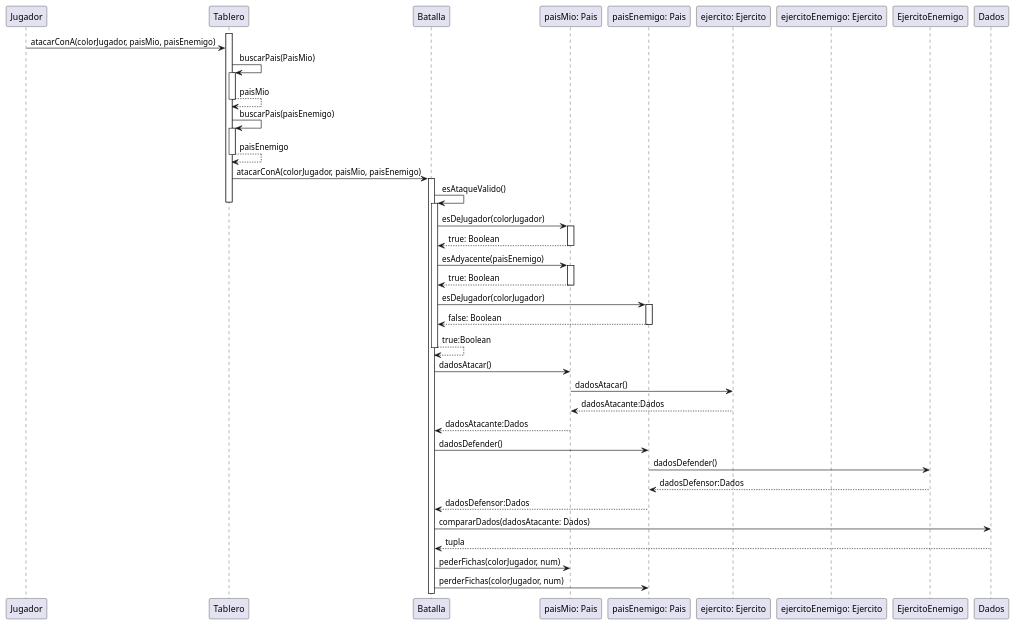
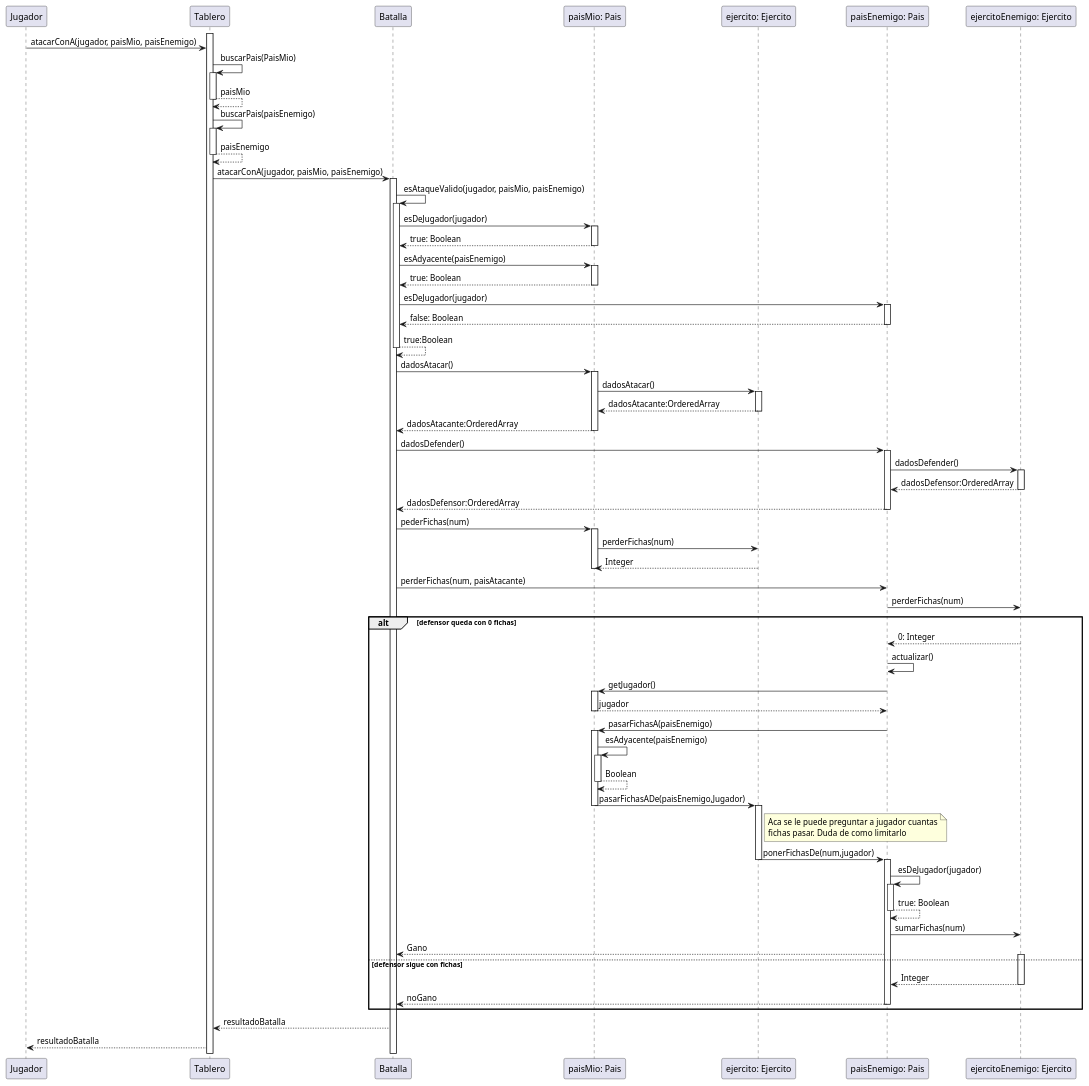
One commit to mpata2000/Algo3-TP2-TEG changed the diagram in docs/Diagramas/Codigo/digrama_de_secuencia_ataque.puml. Above: the diagram before and after it, drawn with PlantUML. The commit also changed 1 other file, not shown here.

Commit message:
Agrego Pais ataca otro pais V0.2

```diff
--- a/docs/Diagramas/Codigo/digrama_de_secuencia_ataque.puml
+++ b/docs/Diagramas/Codigo/digrama_de_secuencia_ataque.puml
@@ -1,53 +1,102 @@
-@startuml DiagramaDeSecuenciaUnPaisAtacaAOtro
+@startuml DiagramaDeSecuenciaUnPaisAtacaAOtro-V0.2
 
 Participant Jugador
 Participant Tablero
 Participant Batalla
 Participant Pais as "paisMio: Pais"
+Participant Ejercito as "ejercito: Ejercito"
 Participant PaisEnemigo as "paisEnemigo: Pais"
-Participant Ejercito as "ejercito: Ejercito"
-Participant FichaEnemigo as "ejercitoEnemigo: Ejercito"
+Participant EjercitoEnemigo as "ejercitoEnemigo: Ejercito"
 
 activate Tablero
-Jugador->Tablero: atacarConA(colorJugador, paisMio, paisEnemigo)
+Jugador->Tablero: atacarConA(jugador, paisMio, paisEnemigo)
 Tablero -> Tablero: buscarPais(PaisMio)
 activate Tablero
 Tablero --> Tablero: paisMio
 deactivate Tablero
 Tablero -> Tablero: buscarPais(paisEnemigo)
 activate Tablero
 Tablero --> Tablero: paisEnemigo
 deactivate Tablero
-Tablero -> Batalla: atacarConA(colorJugador, paisMio, paisEnemigo)
+Tablero -> Batalla: atacarConA(jugador, paisMio, paisEnemigo)
 activate Batalla
-Batalla -> Batalla: esAtaqueValido()
+Batalla -> Batalla: esAtaqueValido(jugador, paisMio, paisEnemigo)
 activate Batalla
-deactivate Tablero
-Batalla -> Pais: esDeJugador(colorJugador)
+Batalla -> Pais: esDeJugador(jugador)
 activate Pais
 Pais --> Batalla: true: Boolean
 deactivate Pais
 Batalla -> Pais: esAdyacente(paisEnemigo)
 activate Pais
 Pais --> Batalla: true: Boolean
 deactivate Pais
-Batalla -> PaisEnemigo: esDeJugador(colorJugador)
+Batalla -> PaisEnemigo: esDeJugador(jugador)
 activate PaisEnemigo
 PaisEnemigo --> Batalla: false: Boolean
 deactivate PaisEnemigo
 Batalla --> Batalla: true:Boolean
 deactivate Batalla
 Batalla -> Pais: dadosAtacar()
+activate Pais
 Pais -> Ejercito: dadosAtacar()
-Ejercito --> Pais: dadosAtacante:Dados
-Pais --> Batalla: dadosAtacante:Dados
+activate Ejercito
+Ejercito --> Pais: dadosAtacante:OrderedArray
+deactivate Ejercito
+Pais --> Batalla: dadosAtacante:OrderedArray
+deactivate Pais
 Batalla -> PaisEnemigo: dadosDefender()
+activate PaisEnemigo
 PaisEnemigo -> EjercitoEnemigo: dadosDefender()
-EjercitoEnemigo --> PaisEnemigo: dadosDefensor:Dados
-PaisEnemigo --> Batalla: dadosDefensor:Dados
-Batalla -> Dados: compararDados(dadosAtacante: Dados)
-Dados --> Batalla: tupla
-Batalla -> Pais: pederFichas(colorJugador, num)
-Batalla -> PaisEnemigo: perderFichas(colorJugador, num)
+activate EjercitoEnemigo
+EjercitoEnemigo --> PaisEnemigo: dadosDefensor:OrderedArray
+deactivate EjercitoEnemigo
+PaisEnemigo --> Batalla: dadosDefensor:OrderedArray
+deactivate PaisEnemigo
+Batalla -> Pais: pederFichas(num)
+activate Pais
+Pais -> Ejercito: perderFichas(num)
+Ejercito --> Pais: Integer
+deactivate Pais
+Batalla -> PaisEnemigo: perderFichas(num, paisAtacante)
+PaisEnemigo -> EjercitoEnemigo: perderFichas(num)
+
+alt defensor queda con 0 fichas
+    EjercitoEnemigo --> PaisEnemigo: 0: Integer
+    PaisEnemigo -> PaisEnemigo: actualizar()
+    PaisEnemigo -> Pais: getJugador()
+    activate Pais
+    Pais --> PaisEnemigo:  jugador
+    deactivate Pais
+    PaisEnemigo -> Pais: pasarFichasA(paisEnemigo)
+    activate Pais
+    Pais -> Pais: esAdyacente(paisEnemigo)
+    activate Pais
+    Pais --> Pais: Boolean
+    deactivate Pais
+    Pais -> Ejercito: pasarFichasADe(paisEnemigo,Jugador)
+    deactivate Pais
+    activate Ejercito
+    note right Ejercito
+        Aca se le puede preguntar a jugador cuantas
+        fichas pasar. Duda de como limitarlo
+    end note
+    Ejercito -> PaisEnemigo: ponerFichasDe(num,jugador)
+    deactivate Ejercito
+    activate PaisEnemigo
+    PaisEnemigo -> PaisEnemigo: esDeJugador(jugador)
+    activate PaisEnemigo
+    PaisEnemigo --> PaisEnemigo: true: Boolean
+    deactivate PaisEnemigo
+    PaisEnemigo -> EjercitoEnemigo: sumarFichas(num)
+    PaisEnemigo --> Batalla: Gano
+else  defensor sigue con fichas
+    activate EjercitoEnemigo
+    EjercitoEnemigo --> PaisEnemigo: Integer
+    deactivate EjercitoEnemigo
+    PaisEnemigo --> Batalla: noGano
+    deactivate PaisEnemigo
+end
+Batalla --> Tablero: resultadoBatalla
+Tablero --> Jugador: resultadoBatalla
 
 @enduml
```
